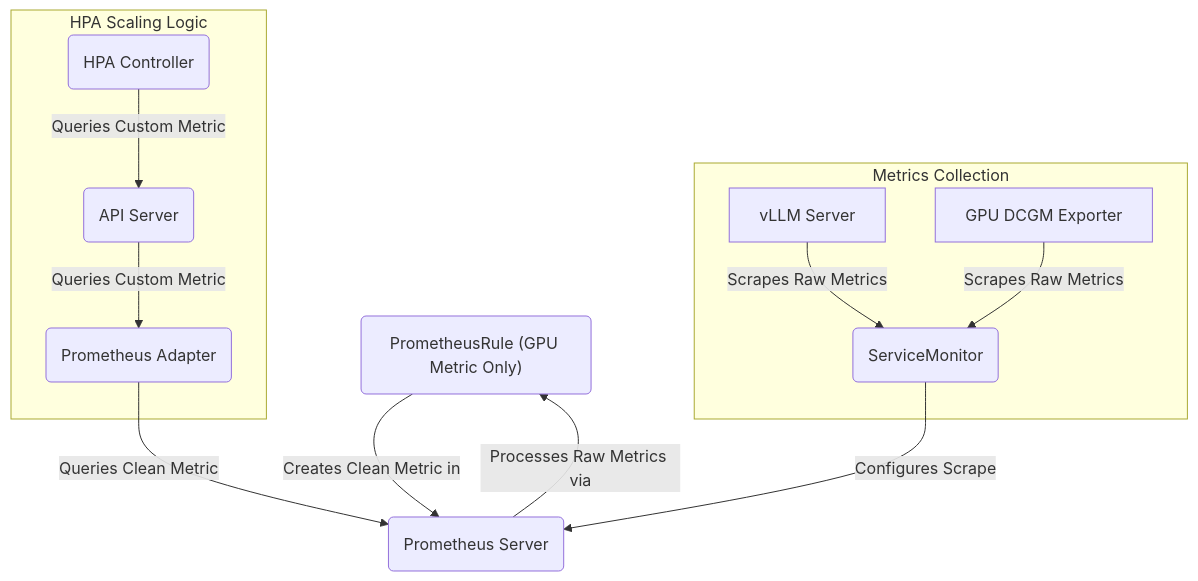
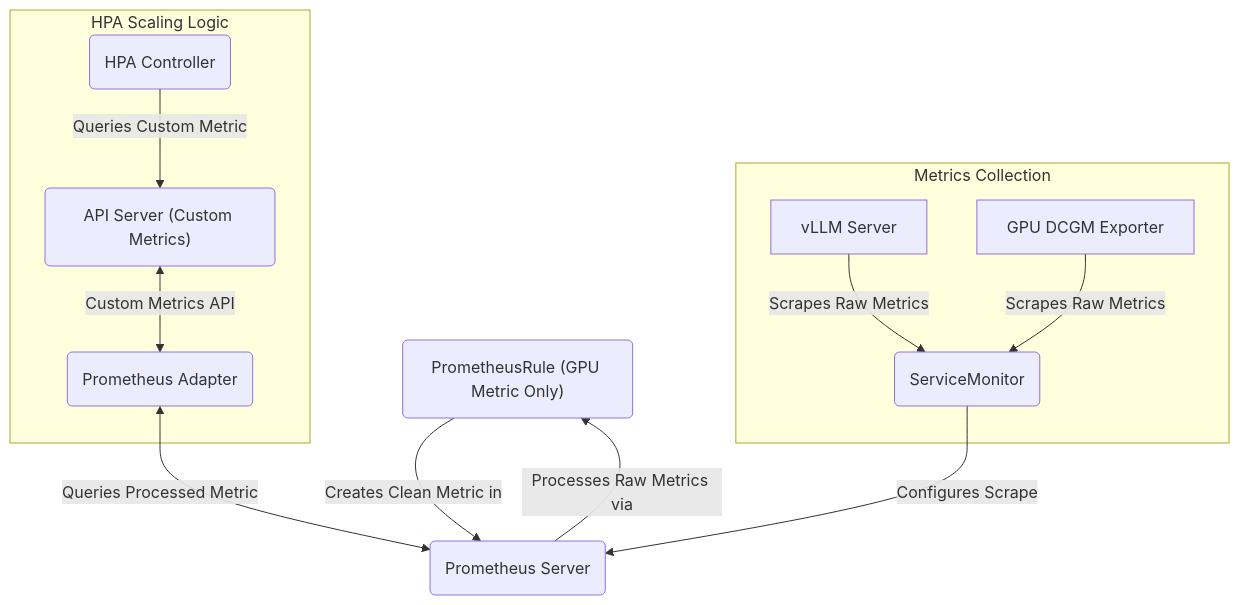
The diagram in ai/vllm-deployment/hpa/README.md (kubernetes/examples), drawn with Mermaid before and after one commit.

Commit message:
Updated mermaid diagram for accuracy

````diff
--- a/ai/vllm-deployment/hpa/README.md
+++ b/ai/vllm-deployment/hpa/README.md
@@ -23,23 +23,23 @@
 ```mermaid
 flowchart TD
  D("PrometheusRule (GPU Metric Only)")
  B("Prometheus Server")
  subgraph subGraph0["Metrics Collection"]
         C("ServiceMonitor")
         A["vLLM Server"]
         H["GPU DCGM Exporter"]
   end
  subgraph subGraph1["HPA Scaling Logic"]
         E("Prometheus Adapter")
-        F("API Server")
+        F("API Server (Custom Metrics)")
         G("HPA Controller")
   end
     A -- Scrapes Raw Metrics --> C
     H -- Scrapes Raw Metrics --> C
     C -- Configures Scrape --> B
     B -- Processes Raw Metrics via --> D
     D -- Creates Clean Metric in --> B
-    E -- Queries Clean Metric --> B
-    F -- Queries Custom Metric --> E
+    F -- Custom Metrics API <--> E
+    E -- Queries Processed Metric <--> B
     G -- Queries Custom Metric --> F
 ```
````
